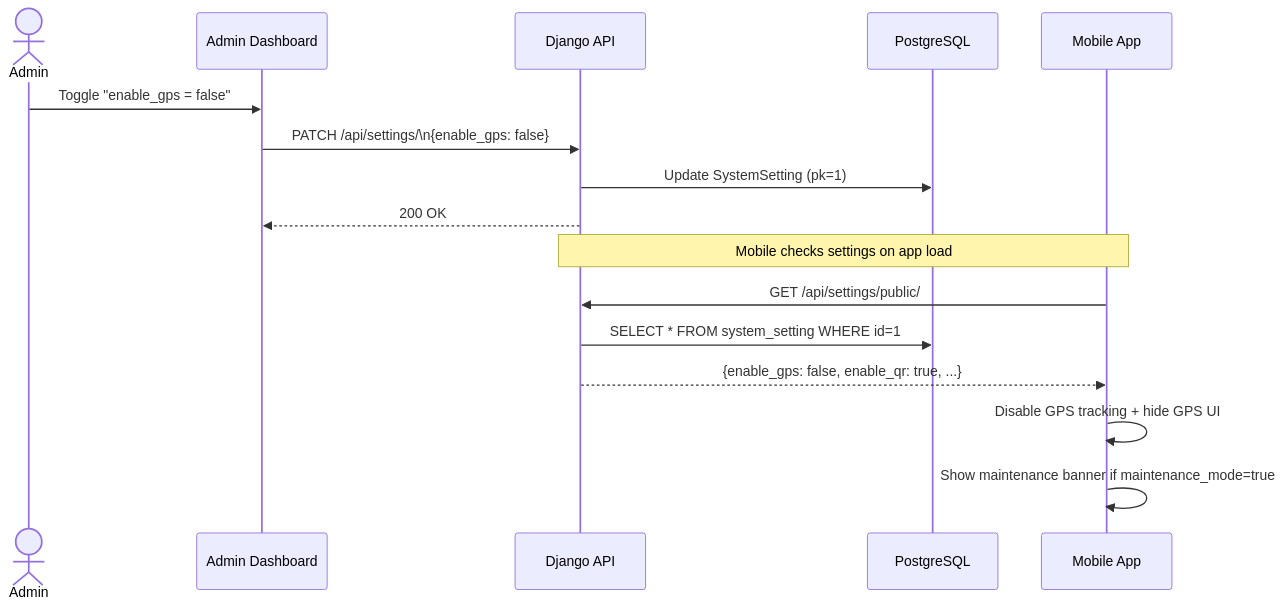
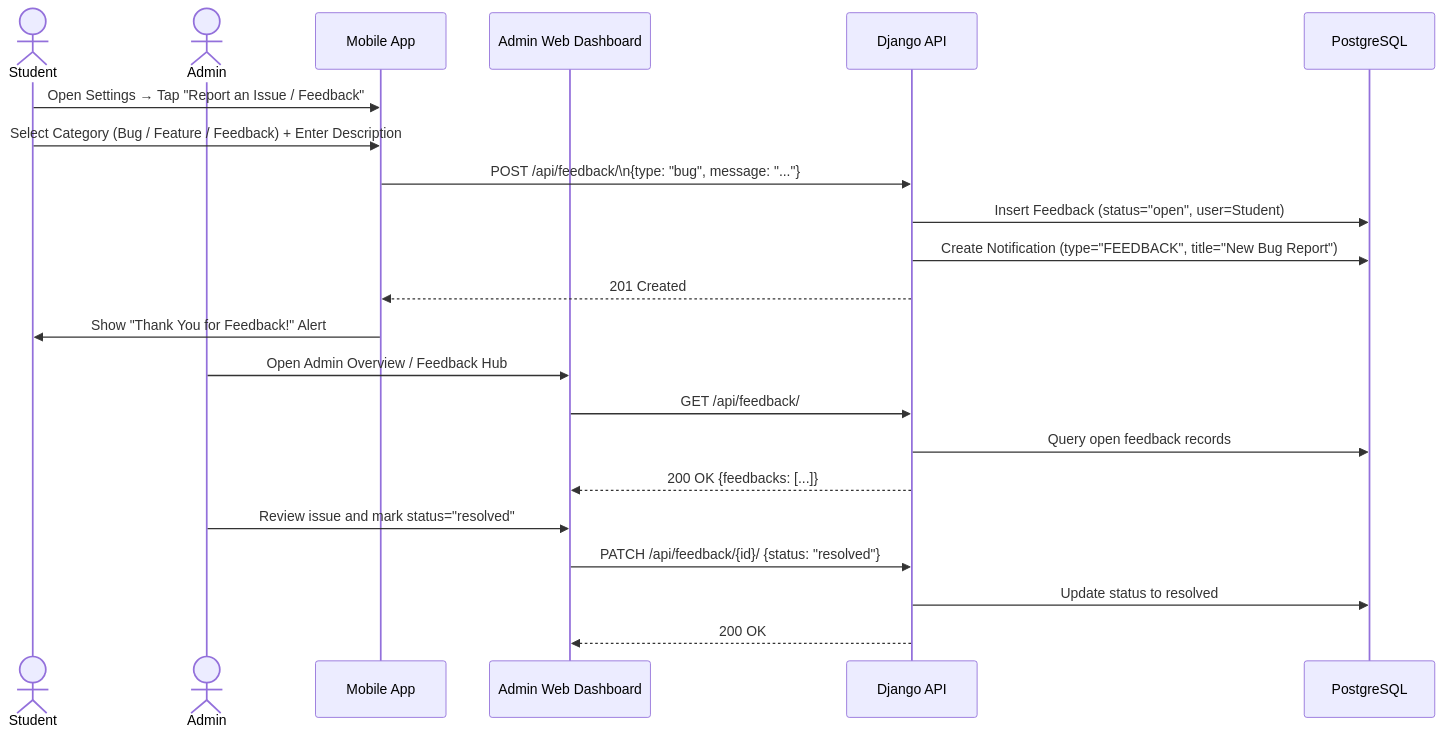
The seventh of 8 diagrams in data-flow.md (Cipher-Syntax/ARQuest), drawn with Mermaid before and after one commit. The commit also changed other lines of this file and 10 other files, not shown here.

Commit message:
feat(web): redesign Admin Dashboard with real-time KPIs, foot traffic charts, and content coverage; synchronize all 9 system architecture docs

````diff
--- a/data-flow.md
+++ b/data-flow.md
@@ -300,20 +204,26 @@
 ```mermaid
 sequenceDiagram
+    actor Student
     actor Admin
-    participant Web as Admin Dashboard
+    participant App as Mobile App
+    participant Dashboard as Admin Web Dashboard
     participant API as Django API
     participant DB as PostgreSQL
-    participant App as Mobile App
 
-    Admin->>Web: Toggle "enable_gps = false"
-    Web->>API: PATCH /api/settings/\n{enable_gps: false}
-    API->>DB: Update SystemSetting (pk=1)
-    API-->>Web: 200 OK
+    Student->>App: Open Settings → Tap "Report an Issue / Feedback"
+    Student->>App: Select Category (Bug / Feature / Feedback) + Enter Description
+    App->>API: POST /api/feedback/\n{type: "bug", message: "..."}
+    API->>DB: Insert Feedback (status="open", user=Student)
+    API->>DB: Create Notification (type="FEEDBACK", title="New Bug Report")
+    API-->>App: 201 Created
+    App->>Student: Show "Thank You for Feedback!" Alert
 
-    Note over App,API: Mobile checks settings on app load
-    App->>API: GET /api/settings/public/
-    API->>DB: SELECT * FROM system_setting WHERE id=1
-    API-->>App: {enable_gps: false, enable_qr: true, ...}
-    App->>App: Disable GPS tracking + hide GPS UI
-    App->>App: Show maintenance banner if maintenance_mode=true
+    Admin->>Dashboard: Open Admin Overview / Feedback Hub
+    Dashboard->>API: GET /api/feedback/
+    API->>DB: Query open feedback records
+    API-->>Dashboard: 200 OK {feedbacks: [...]}
+    Admin->>Dashboard: Review issue and mark status="resolved"
+    Dashboard->>API: PATCH /api/feedback/{id}/ {status: "resolved"}
+    API->>DB: Update status to resolved
+    API-->>Dashboard: 200 OK
 ```
````
